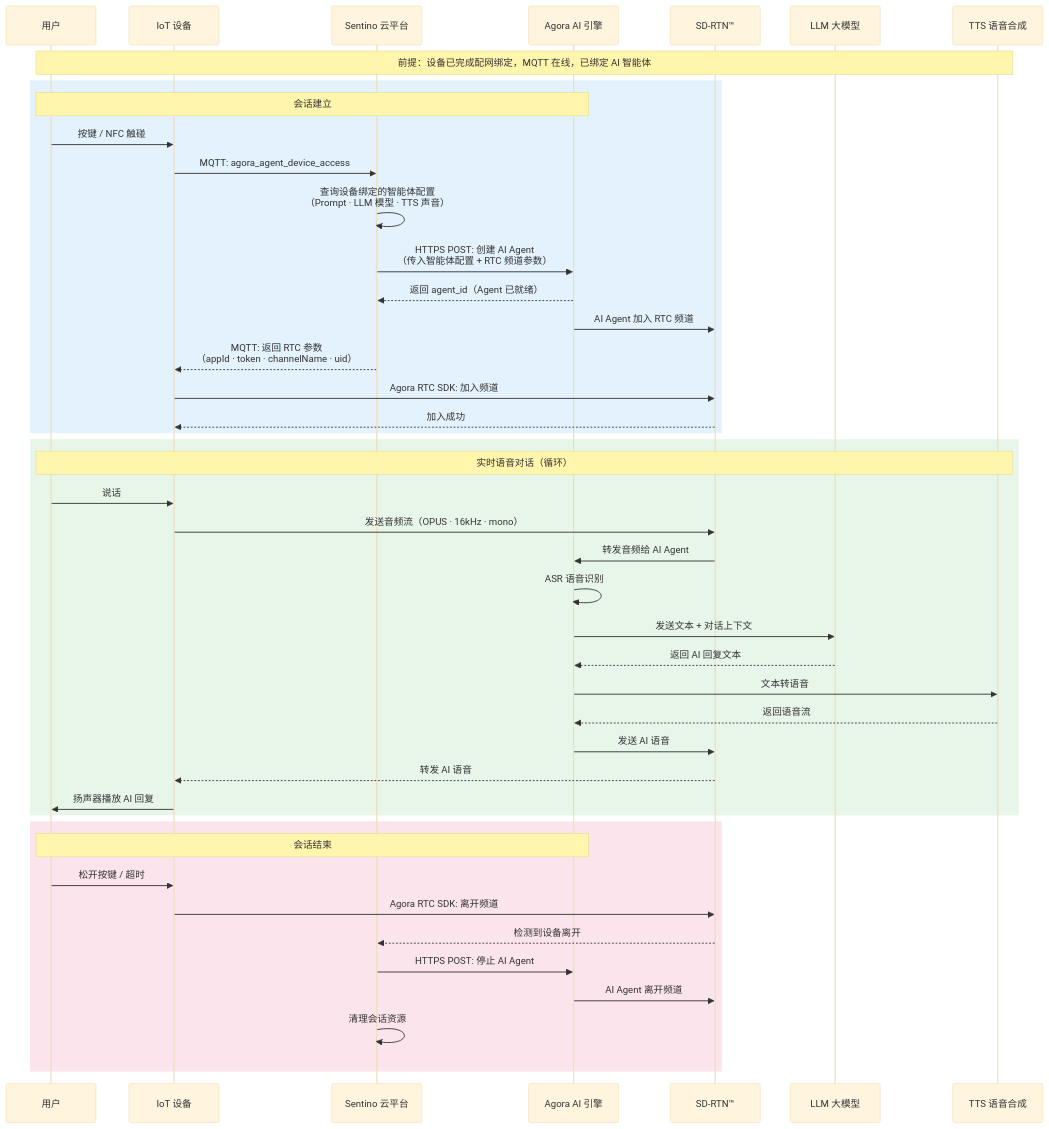
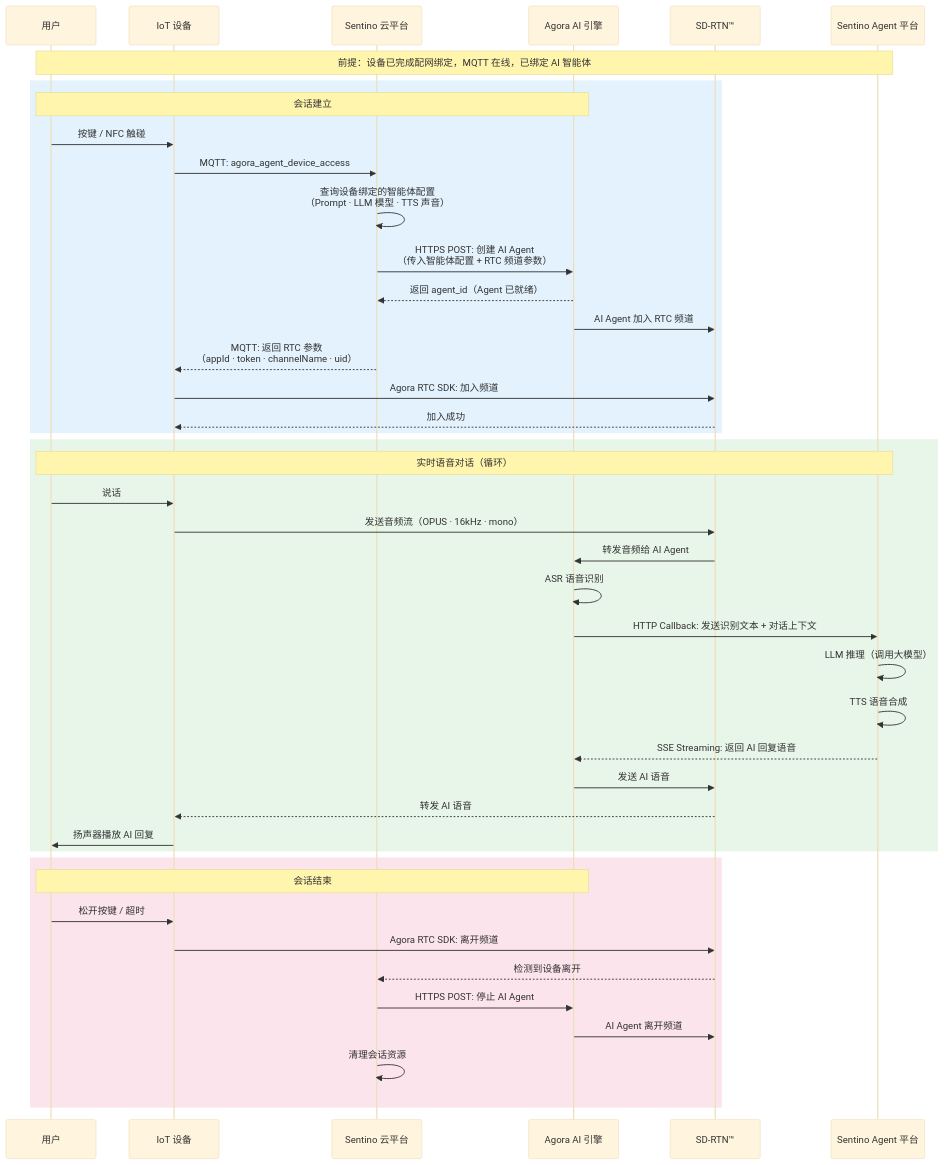
One commit to sentino-jp/iot-docs changed the second of 2 diagrams in architecture-technical.md. Above: the diagram before and after it, drawn with Mermaid (base theme). The commit also changed other lines of this file and 1 other file, not shown here.

First line of the commit message:
docs: Agora calls back to Sentino Agent for LLM/TTS, not directly

````diff
--- a/architecture-technical.md
+++ b/architecture-technical.md
@@ -97,50 +99,49 @@
 ```mermaid
 sequenceDiagram
     participant User as 用户
     participant Device as IoT 设备
     participant Cloud as Sentino 云平台
     participant ConvoAI as Agora AI 引擎
     participant RTN as SD-RTN™
-    participant LLM as LLM 大模型
-    participant TTS as TTS 语音合成
+    participant SA as Sentino Agent 平台
 
-    Note over User, TTS: 前提：设备已完成配网绑定，MQTT 在线，已绑定 AI 智能体
+    Note over User, SA: 前提：设备已完成配网绑定，MQTT 在线，已绑定 AI 智能体
 
     rect rgb(227, 242, 253)
     Note over User, ConvoAI: 会话建立
     User->>Device: 按键 / NFC 触碰
     Device->>Cloud: MQTT: agora_agent_device_access
     Cloud->>Cloud: 查询设备绑定的智能体配置<br/>（Prompt · LLM 模型 · TTS 声音）
     Cloud->>ConvoAI: HTTPS POST: 创建 AI Agent<br/>（传入智能体配置 + RTC 频道参数）
     ConvoAI-->>Cloud: 返回 agent_id（Agent 已就绪）
     ConvoAI->>RTN: AI Agent 加入 RTC 频道
     Cloud-->>Device: MQTT: 返回 RTC 参数<br/>（appId · token · channelName · uid）
     Device->>RTN: Agora RTC SDK: 加入频道
     RTN-->>Device: 加入成功
     end
 
     rect rgb(232, 245, 233)
-    Note over User, TTS: 实时语音对话（循环）
+    Note over User, SA: 实时语音对话（循环）
     User->>Device: 说话
     Device->>RTN: 发送音频流（OPUS · 16kHz · mono）
     RTN->>ConvoAI: 转发音频给 AI Agent
     ConvoAI->>ConvoAI: ASR 语音识别
-    ConvoAI->>LLM: 发送文本 + 对话上下文
-    LLM-->>ConvoAI: 返回 AI 回复文本
-    ConvoAI->>TTS: 文本转语音
-    TTS-->>ConvoAI: 返回语音流
+    ConvoAI->>SA: HTTP Callback: 发送识别文本 + 对话上下文
+    SA->>SA: LLM 推理（调用大模型）
+    SA->>SA: TTS 语音合成
+    SA-->>ConvoAI: SSE Streaming: 返回 AI 回复语音
     ConvoAI->>RTN: 发送 AI 语音
     RTN-->>Device: 转发 AI 语音
     Device->>User: 扬声器播放 AI 回复
     end
 
     rect rgb(252, 228, 236)
     Note over User, ConvoAI: 会话结束
     User->>Device: 松开按键 / 超时
     Device->>RTN: Agora RTC SDK: 离开频道
     RTN-->>Cloud: 检测到设备离开
     Cloud->>ConvoAI: HTTPS POST: 停止 AI Agent
     ConvoAI->>RTN: AI Agent 离开频道
     Cloud->>Cloud: 清理会话资源
     end
 ```
````
